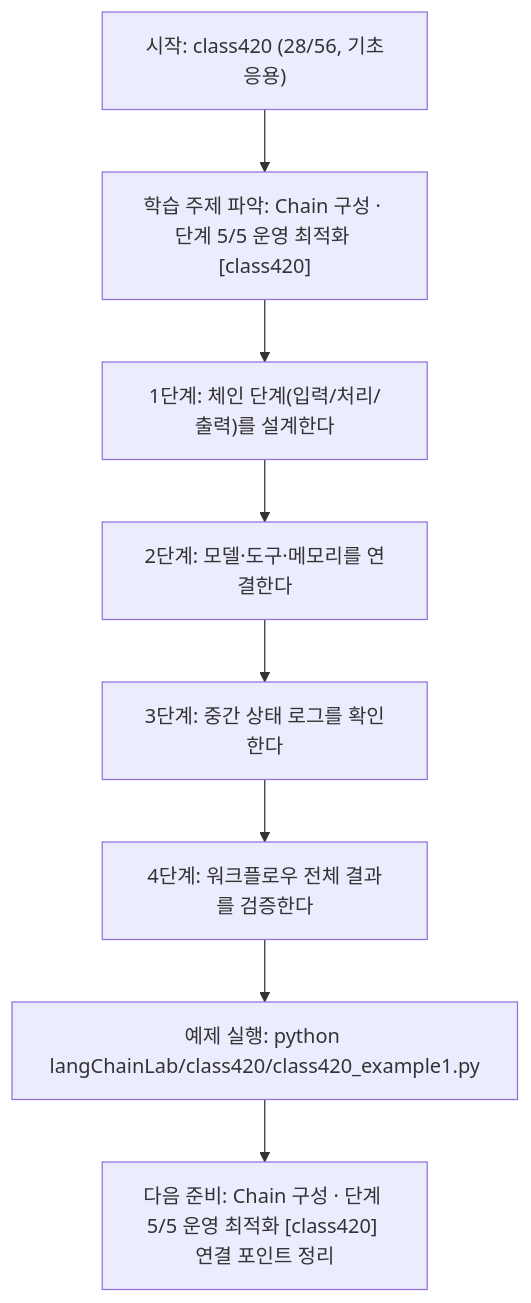
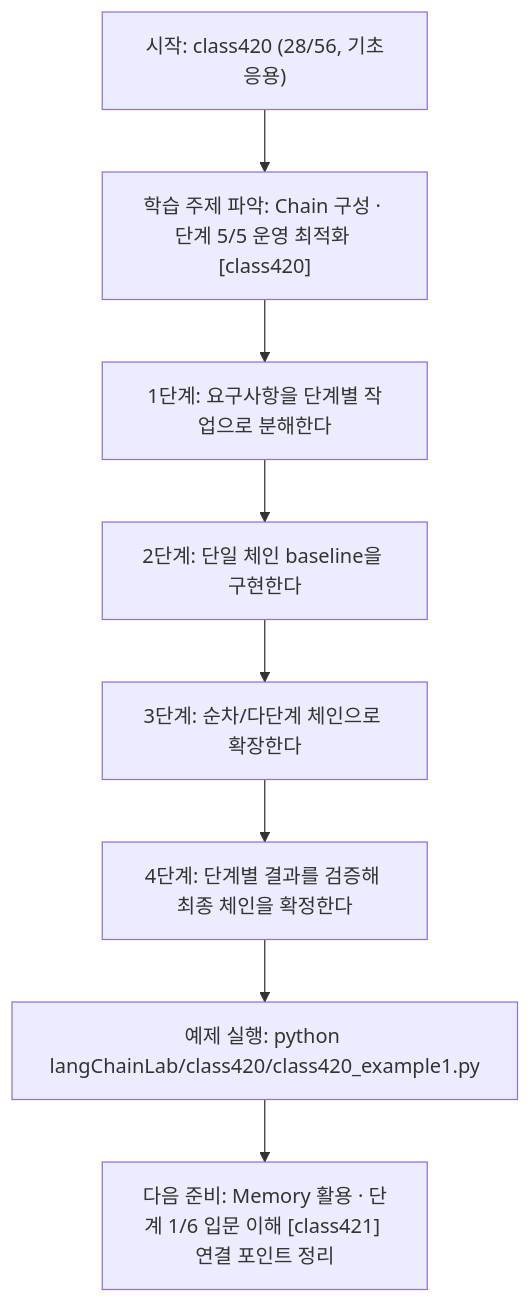
Before and after one commit to edumgt/Python-AI_Agent-Class: the diagram in langChainLab/class420/class420.md, drawn with Mermaid. The commit also changed other lines of this file and 395 other files, not shown here.

````diff
--- a/langChainLab/class420/class420.md
+++ b/langChainLab/class420/class420.md
@@ -109,18 +91,18 @@
 ```mermaid
 flowchart TD
 N1["시작: class420 (28/56, 기초응용)"]
 N2["학습 주제 파악: Chain 구성 · 단계 5/5 운영 최적화 [class420]"]
-N3["1단계: 체인 단계(입력/처리/출력)를 설계한다"]
-N4["2단계: 모델·도구·메모리를 연결한다"]
-N5["3단계: 중간 상태 로그를 확인한다"]
-N6["4단계: 워크플로우 전체 결과를 검증한다"]
+N3["1단계: 요구사항을 단계별 작업으로 분해한다"]
+N4["2단계: 단일 체인 baseline을 구현한다"]
+N5["3단계: 순차/다단계 체인으로 확장한다"]
+N6["4단계: 단계별 결과를 검증해 최종 체인을 확정한다"]
 N7["예제 실행: python langChainLab/class420/class420_example1.py"]
-N8["다음 준비: Chain 구성 · 단계 5/5 운영 최적화 [class420] 연결 포인트 정리"]
+N8["다음 준비: Memory 활용 · 단계 1/6 입문 이해 [class421] 연결 포인트 정리"]
 N1 --> N2
 N2 --> N3
 N3 --> N4
 N4 --> N5
 N5 --> N6
 N6 --> N7
 N7 --> N8
 ```
````
